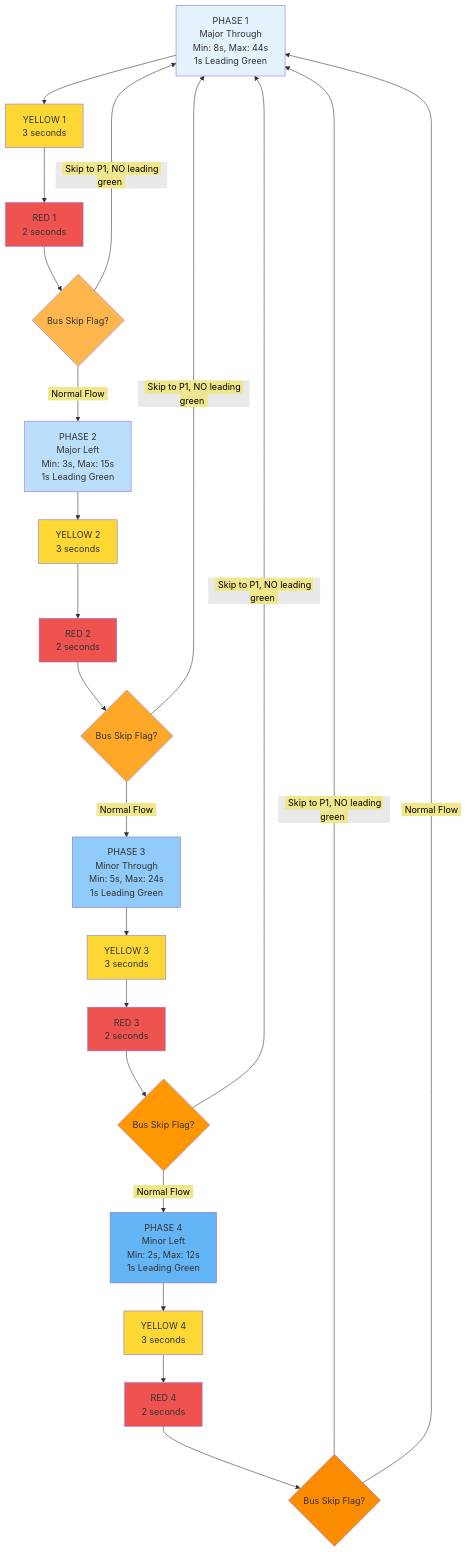
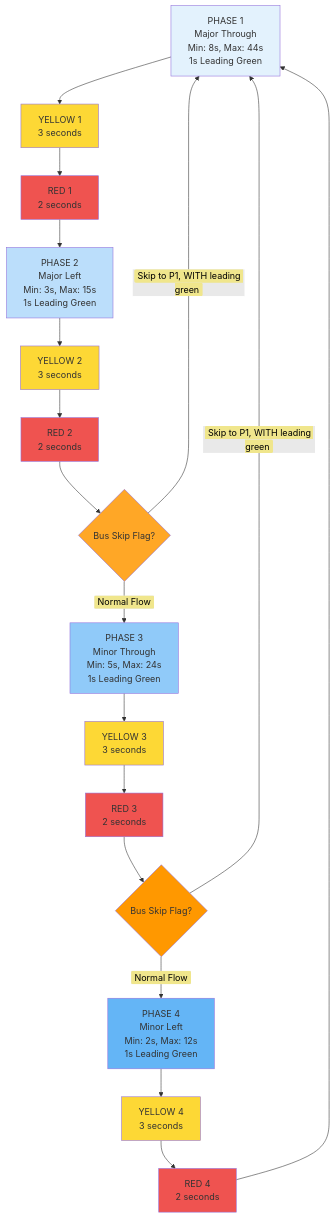
Before and after one commit to Chaklader/SignalSyncPro: the eighth of 8 diagrams in papers/Rule_Based_Control_DEV.md, drawn with Mermaid.

Commit message:
The commit is successful

````diff
--- a/papers/Rule_Based_Control_DEV.md
+++ b/papers/Rule_Based_Control_DEV.md
@@ -392,49 +392,42 @@
 ```mermaid
 flowchart TD
     P1["PHASE 1<br>Major Through<br>Min: 8s, Max: 44s<br>1s Leading Green"] --> Y1["YELLOW 1<br>3 seconds"]
 
     Y1 --> R1["RED 1<br>2 seconds"]
 
-    R1 --> Decision1{"Bus Skip Flag?"}
-
-    Decision1 -->|<span style='background-color:khaki; color:black; padding:2px 6px; border-radius:3px'>Skip to P1, NO leading green</span>| P1
-    Decision1 -->|<span style='background-color:khaki; color:black; padding:2px 6px; border-radius:3px'>Normal Flow</span>| P2["PHASE 2<br>Major Left<br>Min: 3s, Max: 15s<br>1s Leading Green"]
+    R1 --> P2["PHASE 2<br>Major Left<br>Min: 3s, Max: 15s<br>1s Leading Green"]
 
     P2 --> Y2["YELLOW 2<br>3 seconds"]
     Y2 --> R2["RED 2<br>2 seconds"]
 
     R2 --> Decision2{"Bus Skip Flag?"}
-    Decision2 -->|<span style='background-color:khaki; color:black; padding:2px 6px; border-radius:3px'>Skip to P1, NO leading green</span>| P1
+    Decision2 -->|<span style='background-color:khaki; color:black; padding:2px 6px; border-radius:3px'>Skip to P1, WITH leading green</span>| P1
     Decision2 -->|<span style='background-color:khaki; color:black; padding:2px 6px; border-radius:3px'>Normal Flow</span>| P3["PHASE 3<br>Minor Through<br>Min: 5s, Max: 24s<br>1s Leading Green"]
 
     P3 --> Y3["YELLOW 3<br>3 seconds"]
     Y3 --> R3["RED 3<br>2 seconds"]
 
     R3 --> Decision3{"Bus Skip Flag?"}
-    Decision3 -->|<span style='background-color:khaki; color:black; padding:2px 6px; border-radius:3px'>Skip to P1, NO leading green</span>| P1
+    Decision3 -->|<span style='background-color:khaki; color:black; padding:2px 6px; border-radius:3px'>Skip to P1, WITH leading green</span>| P1
     Decision3 -->|<span style='background-color:khaki; color:black; padding:2px 6px; border-radius:3px'>Normal Flow</span>| P4["PHASE 4<br>Minor Left<br>Min: 2s, Max: 12s<br>1s Leading Green"]
 
     P4 --> Y4["YELLOW 4<br>3 seconds"]
     Y4 --> R4["RED 4<br>2 seconds"]
 
-    R4 --> Decision4{"Bus Skip Flag?"}
-    Decision4 -->|<span style='background-color:khaki; color:black; padding:2px 6px; border-radius:3px'>Skip to P1, NO leading green</span>| P1
-    Decision4 -->|<span style='background-color:khaki; color:black; padding:2px 6px; border-radius:3px'>Normal Flow</span>| P1
+    R4 --> P1
 
     style P1 fill:#E3F2FD
     style P2 fill:#BBDEFB
     style P3 fill:#90CAF9
     style P4 fill:#64B5F6
     style Y1 fill:#FDD835
     style Y2 fill:#FDD835
     style Y3 fill:#FDD835
     style Y4 fill:#FDD835
     style R1 fill:#EF5350
     style R2 fill:#EF5350
     style R3 fill:#EF5350
     style R4 fill:#EF5350
-    style Decision1 fill:#FFB74D
     style Decision2 fill:#FFA726
     style Decision3 fill:#FF9800
-    style Decision4 fill:#FB8C00
 ```
````
